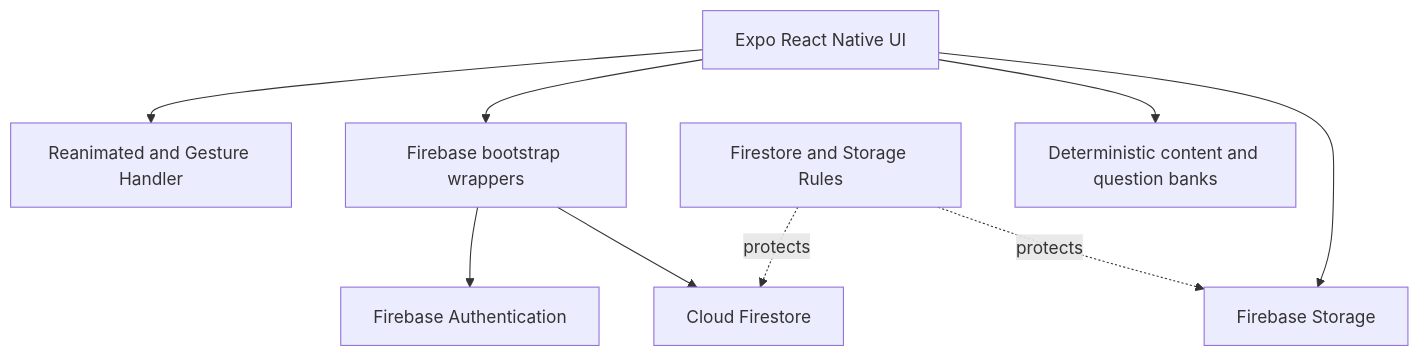
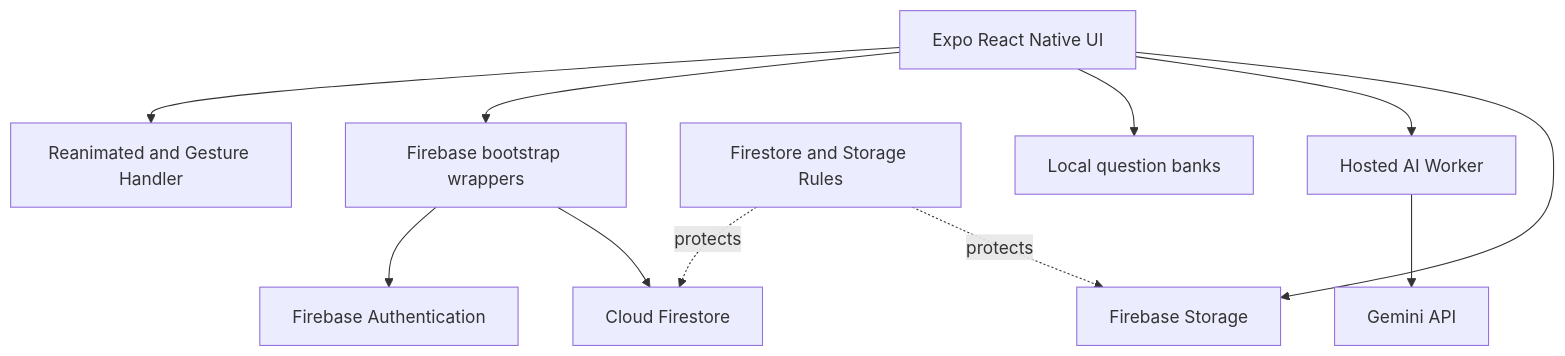
Before and after one commit to Dhiali/Kenetic: the second of 2 diagrams in README.md, drawn with Mermaid. The commit also changed other lines of this file and 60 other files, not shown here.

````diff
--- a/README.md
+++ b/README.md
@@ -72,20 +76,24 @@
 ```mermaid
 flowchart TD
   UI[Expo React Native UI]
   Gestures[Reanimated and Gesture Handler]
   Bootstrap[Firebase bootstrap wrappers]
   Auth[Firebase Authentication]
   Firestore[Cloud Firestore]
   Storage[Firebase Storage]
   Rules[Firestore and Storage Rules]
-  Local[Deterministic content and question banks]
+  Local[Local question banks]
+  Worker[Hosted AI Worker]
+  Gemini[Gemini API]
 
   UI --> Gestures
   UI --> Bootstrap
   UI --> Local
+  UI --> Worker
+  Worker --> Gemini
   Bootstrap --> Auth
   Bootstrap --> Firestore
   UI --> Storage
   Rules -. protects .-> Firestore
   Rules -. protects .-> Storage
 ```
````
